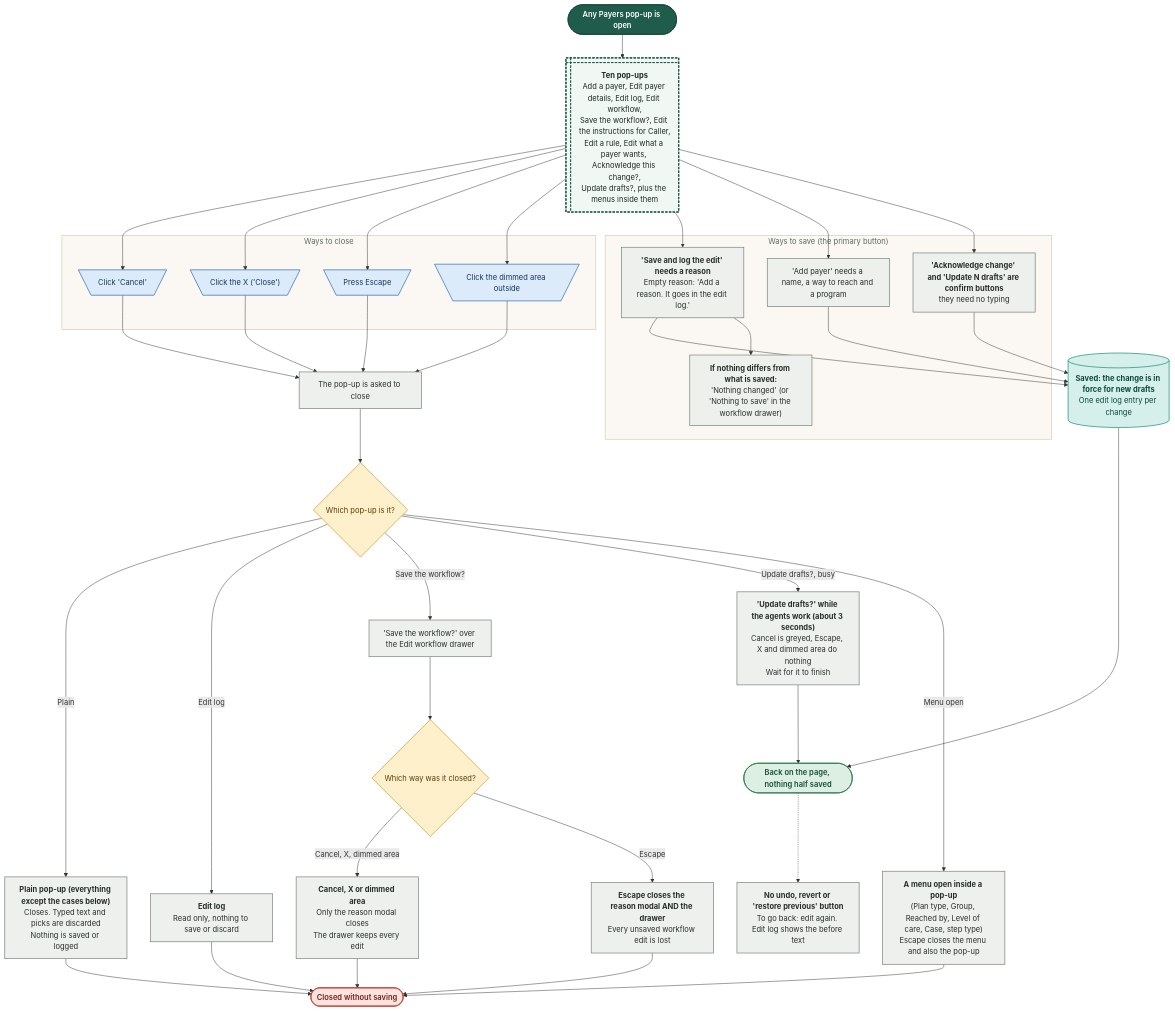
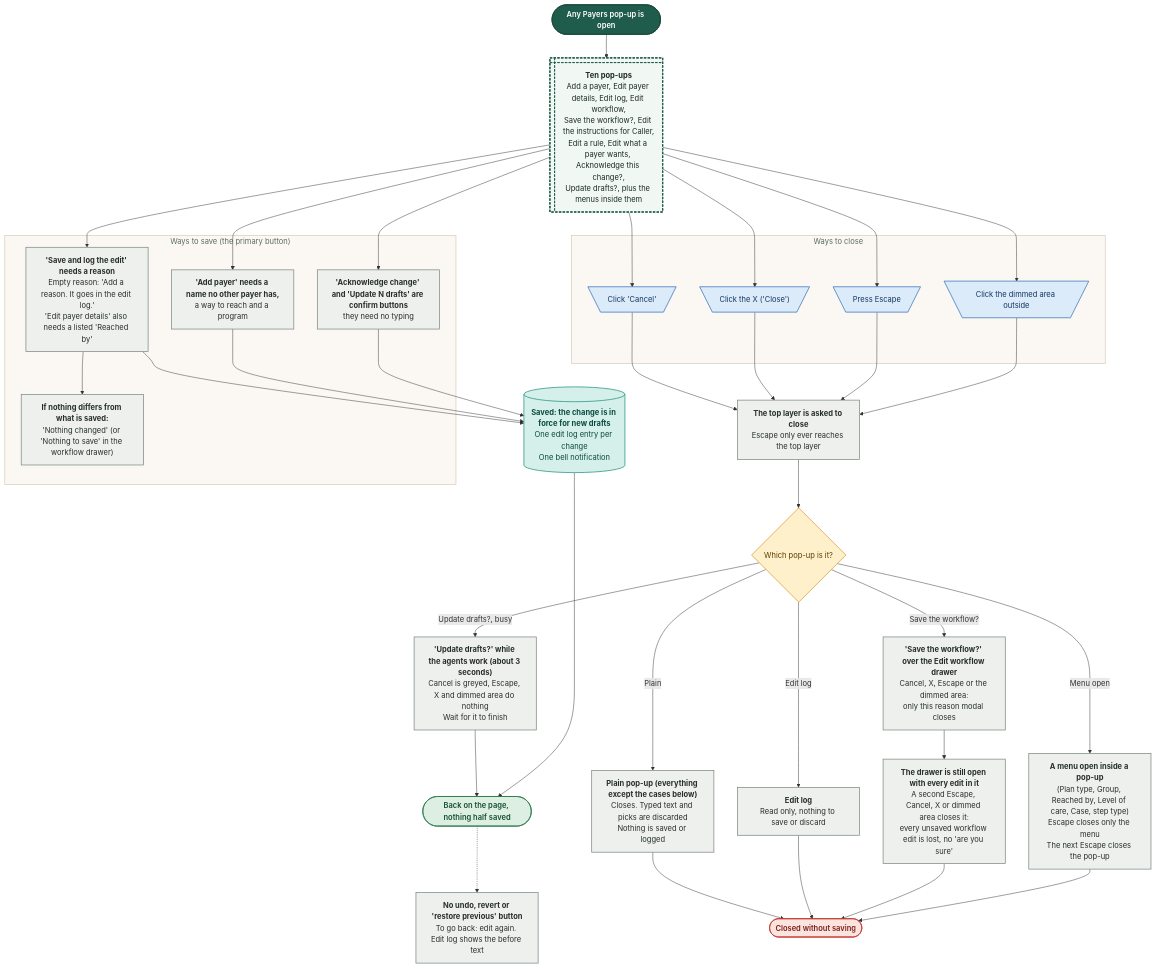
One commit to Shrav143/psyfloapp changed the diagram in demos/prior-auth-demo/workflows/out/mmd/10-payers/82-payers-closing-saving-discarding.mmd. Above: the diagram before and after it, drawn with Mermaid. The commit also changed 195 other files, not shown here.

First line of the commit message:
docs: Rebuild workflow diagrams after the demo fixes (220 diagrams)

```diff
--- a/demos/prior-auth-demo/workflows/out/mmd/10-payers/82-payers-closing-saving-discarding.mmd
+++ b/demos/prior-auth-demo/workflows/out/mmd/10-payers/82-payers-closing-saving-discarding.mmd
@@ -1,76 +1,72 @@
 %%{init: {"theme":"base","themeVariables":{"fontFamily":"'DM Sans', 'Segoe UI', system-ui, sans-serif","fontSize":"15px","lineColor":"#5B6B63","primaryTextColor":"#1C2B25","clusterBkg":"#FBF8F3","clusterBorder":"#D9CDBB","edgeLabelBackground":"#FFFFFF"},"flowchart":{"curve":"basis","nodeSpacing":36,"rankSpacing":48,"padding":12,"htmlLabels":true,"useMaxWidth":false,"wrappingWidth":230}} }%%
 flowchart TD
   classDef k_start fill:#1F5C4B,stroke:#174638,color:#FFFFFF,stroke-width:1.5px,font-weight:600
   classDef k_end fill:#DDEFE3,stroke:#2E7D4F,color:#14502F,stroke-width:1.5px,font-weight:600
   classDef k_endx fill:#FBE3E0,stroke:#C0392B,color:#7A1F16,stroke-width:1.5px,font-weight:600
   classDef k_screen fill:#FFFDF8,stroke:#1F5C4B,color:#1C2B25,stroke-width:2px
   classDef k_overlay fill:#F1F7F3,stroke:#1F5C4B,color:#1C2B25,stroke-width:2px,stroke-dasharray:5 3
   classDef k_click fill:#DCEBFA,stroke:#2F6DB5,color:#12365F,stroke-width:1.5px
   classDef k_input fill:#E4E7FF,stroke:#4C5FD5,color:#1D2670,stroke-width:1.5px
   classDef k_process fill:#EEF0EE,stroke:#7A857F,color:#26302B,stroke-width:1.5px
   classDef k_agent fill:#EEE5FA,stroke:#7A4FC2,color:#341A63,stroke-width:1.5px
   classDef k_decision fill:#FFF0CC,stroke:#D9962B,color:#5C3B00,stroke-width:1.5px
   classDef k_store fill:#D5F0EA,stroke:#1C8E7B,color:#0B4A3F,stroke-width:1.5px
   classDef k_doc fill:#F6E9DC,stroke:#B07A4C,color:#4A2E14,stroke-width:1.5px
   classDef k_ext fill:#FFE6D2,stroke:#E07B39,color:#6B2F06,stroke-width:1.5px
   classDef k_wait fill:#E4E8EE,stroke:#6B7C93,color:#26303D,stroke-width:1.5px
   classDef k_toast fill:#FFF9DB,stroke:#C9A400,color:#5A4A00,stroke-width:1.5px
   classDef k_goto fill:#FFFFFF,stroke:#1F5C4B,color:#1F5C4B,stroke-width:1.5px,stroke-dasharray:5 3
   s1@{ shape: stadium, label: "Any Payers pop-up is open" }
   ov@{ shape: win-pane, label: "<b>Ten pop-ups</b><br/>Add a payer, Edit payer details, Edit log, Edit workflow,<br/>Save the workflow?, Edit the instructions for Caller,<br/>Edit a rule, Edit what a payer wants, Acknowledge this change?,<br/>Update drafts?, plus the menus inside them" }
   subgraph gX ["Ways to close"]
   x1@{ shape: trap-t, label: "Click 'Cancel'" }
   x2@{ shape: trap-t, label: "Click the X ('Close')" }
   x3@{ shape: trap-t, label: "Press Escape" }
   x4@{ shape: trap-t, label: "Click the dimmed area outside" }
   end
-  cl@{ shape: rect, label: "The pop-up is asked to close" }
+  cl@{ shape: rect, label: "<b>The top layer is asked to close</b><br/>Escape only ever reaches the top layer" }
   dk@{ shape: diam, label: "Which pop-up is it?" }
   pl@{ shape: rect, label: "<b>Plain pop-up (everything except the cases below)</b><br/>Closes. Typed text and picks are discarded<br/>Nothing is saved or logged" }
   rd@{ shape: rect, label: "<b>Edit log</b><br/>Read only, nothing to save or discard" }
-  sv@{ shape: rect, label: "'Save the workflow?' over the Edit workflow drawer" }
-  ek@{ shape: diam, label: "Which way was it closed?" }
-  one@{ shape: rect, label: "<b>Cancel, X or dimmed area</b><br/>Only the reason modal closes<br/>The drawer keeps every edit" }
-  both@{ shape: rect, label: "<b>Escape closes the reason modal AND the drawer</b><br/>Every unsaved workflow edit is lost" }
+  sv@{ shape: rect, label: "<b>'Save the workflow?' over the Edit workflow drawer</b><br/>Cancel, X, Escape or the dimmed area:<br/>only this reason modal closes" }
+  dr@{ shape: rect, label: "<b>The drawer is still open with every edit in it</b><br/>A second Escape, Cancel, X or dimmed area closes it:<br/>every unsaved workflow edit is lost, no 'are you sure'" }
   bz@{ shape: rect, label: "<b>'Update drafts?' while the agents work (about 3 seconds)</b><br/>Cancel is greyed, Escape, X and dimmed area do nothing<br/>Wait for it to finish" }
-  mn@{ shape: rect, label: "<b>A menu open inside a pop-up</b><br/>(Plan type, Group, Reached by, Level of care, Case, step type)<br/>Escape closes the menu and also the pop-up" }
+  mn@{ shape: rect, label: "<b>A menu open inside a pop-up</b><br/>(Plan type, Group, Reached by, Level of care, Case, step type)<br/>Escape closes only the menu<br/>The next Escape closes the pop-up" }
   subgraph gS ["Ways to save (the primary button)"]
-  sa@{ shape: rect, label: "<b>'Save and log the edit' needs a reason</b><br/>Empty reason: 'Add a reason. It goes in the edit log.'" }
-  sb@{ shape: rect, label: "'Add payer' needs a name, a way to reach and a program" }
+  sa@{ shape: rect, label: "<b>'Save and log the edit' needs a reason</b><br/>Empty reason: 'Add a reason. It goes in the edit log.'<br/>'Edit payer details' also needs a listed 'Reached by'" }
+  sb@{ shape: rect, label: "<b>'Add payer' needs a name no other payer has,</b><br/>a way to reach and a program" }
   sc@{ shape: rect, label: "<b>'Acknowledge change' and 'Update N drafts' are confirm buttons</b><br/>they need no typing" }
   sd@{ shape: rect, label: "<b>If nothing differs from what is saved:</b><br/>'Nothing changed' (or 'Nothing to save' in the workflow drawer)" }
   end
-  sv1@{ shape: cyl, label: "<b>Saved: the change is in force for new drafts</b><br/>One edit log entry per change" }
+  sv1@{ shape: cyl, label: "<b>Saved: the change is in force for new drafts</b><br/>One edit log entry per change<br/>One bell notification" }
   undo@{ shape: rect, label: "<b>No undo, revert or 'restore previous' button</b><br/>To go back: edit again. Edit log shows the before text" }
   e1@{ shape: stadium, label: "Back on the page, nothing half saved" }
   x0@{ shape: stadium, label: "Closed without saving" }
   s1 --> ov
   ov --> x1 & x2 & x3 & x4
   x1 --> cl
   x2 --> cl
   x3 --> cl
   x4 --> cl
   cl --> dk
   dk -->|"Plain"| pl --> x0
   dk -->|"Edit log"| rd --> x0
-  dk -->|"Save the workflow?"| sv --> ek
-  ek -->|"Cancel, X, dimmed area"| one --> x0
-  ek -->|"Escape"| both --> x0
+  dk -->|"Save the workflow?"| sv --> dr --> x0
   dk -->|"Update drafts?, busy"| bz --> e1
   dk -->|"Menu open"| mn --> x0
   ov --> sa --> sv1
   ov --> sb --> sv1
   ov --> sc --> sv1
   sa --> sd
   sv1 --> e1
   e1 -.-> undo
   class s1 k_start
   class ov k_overlay
   class x1,x2,x3,x4 k_click
-  class cl,pl,rd,sv,one,both,bz,mn,sa,sb,sc,sd,undo k_process
-  class dk,ek k_decision
+  class cl,pl,rd,sv,dr,bz,mn,sa,sb,sc,sd,undo k_process
+  class dk k_decision
   class sv1 k_store
   class e1 k_end
   class x0 k_endx
   style gX fill:#FBF8F3,stroke:#D9CDBB,stroke-width:1.5px,color:#5B6B63
   style gS fill:#FBF8F3,stroke:#D9CDBB,stroke-width:1.5px,color:#5B6B63
```
